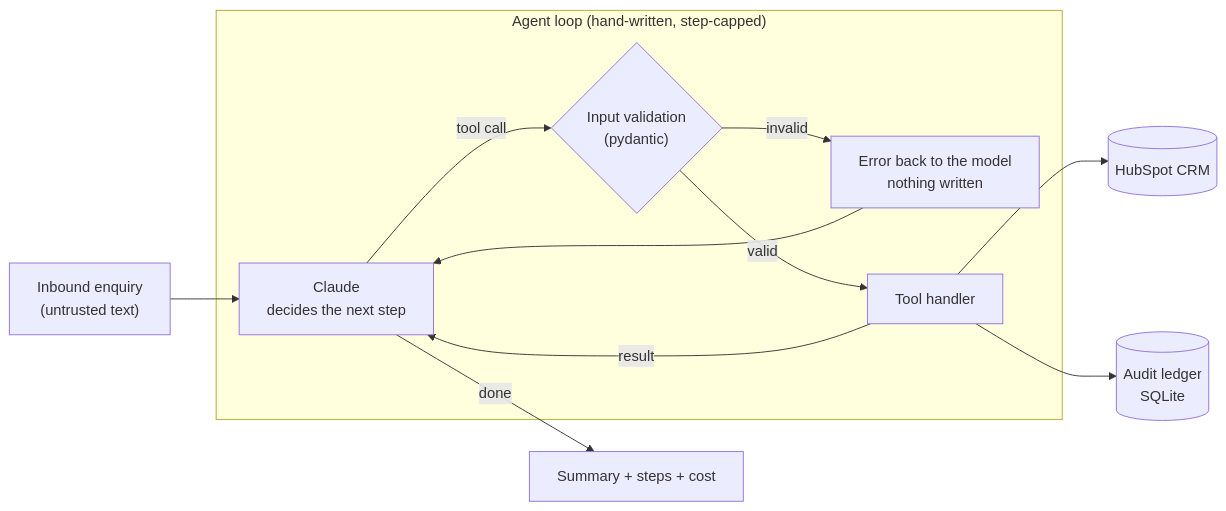
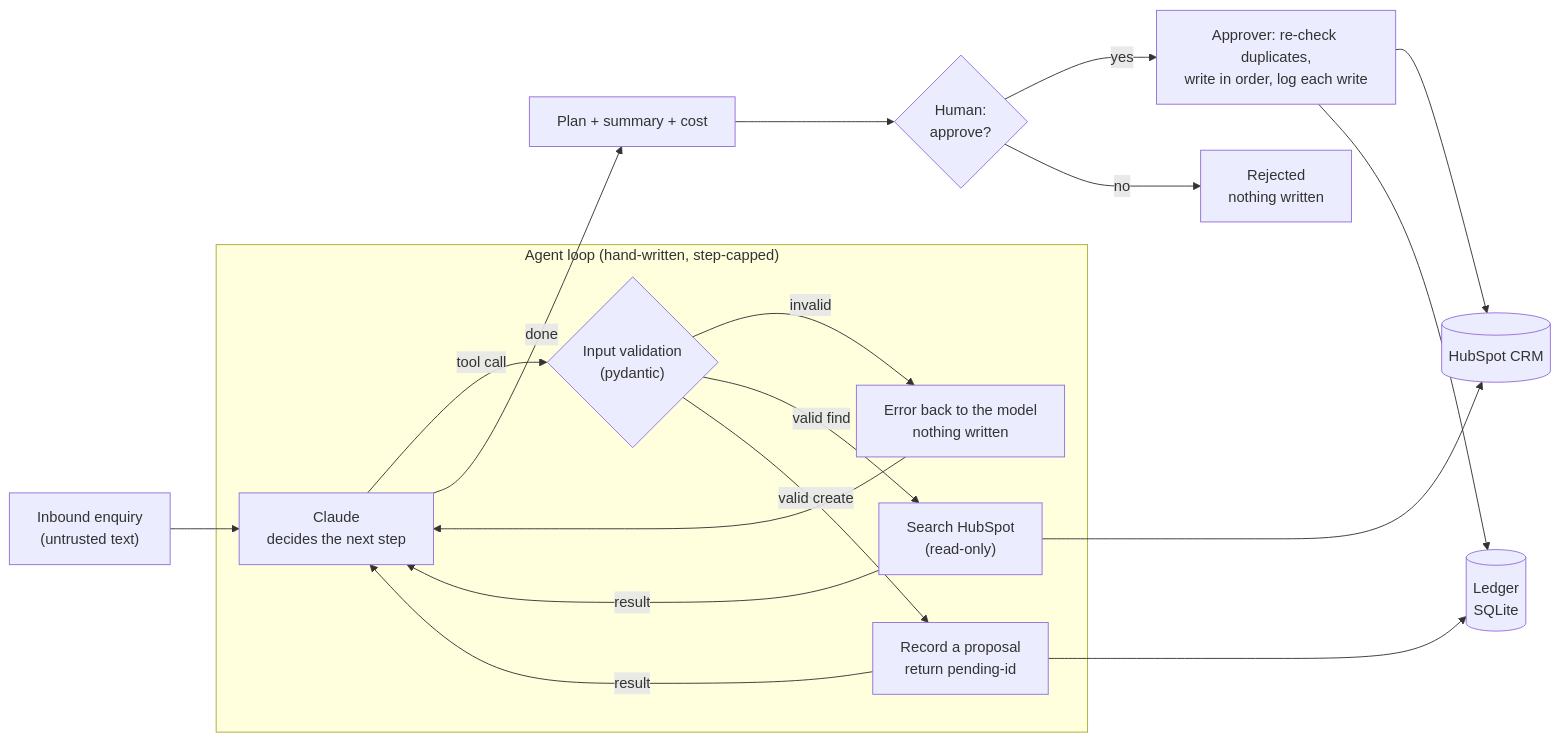
Before and after one commit to Sparli/leadflow-agent: the diagram in README.md, drawn with Mermaid. The commit also changed other lines of this file and 13 other files, not shown here.

First line of the commit message:
feat: propose-then-approve, no CRM write without a human yes (#1)

````diff
--- a/README.md
+++ b/README.md
@@ -22,14 +23,21 @@
 ```mermaid
 flowchart LR
     L["Inbound enquiry<br/>(untrusted text)"] --> A
     subgraph loop["Agent loop (hand-written, step-capped)"]
         A["Claude<br/>decides the next step"] -->|tool call| V{"Input validation<br/>(pydantic)"}
         V -->|invalid| E["Error back to the model<br/>nothing written"]
         E --> A
-        V -->|valid| T["Tool handler"]
-        T -->|result| A
+        V -->|"valid find"| R["Search HubSpot<br/>(read-only)"]
+        V -->|"valid create"| P["Record a proposal<br/>return pending-id"]
+        R -->|result| A
+        P -->|result| A
     end
-    T --> H[("HubSpot CRM")]
-    T --> D[("Audit ledger<br/>SQLite")]
-    A -->|done| S["Summary + steps + cost"]
+    R --> H[("HubSpot CRM")]
+    P --> D[("Ledger<br/>SQLite")]
+    A -->|done| S["Plan + summary + cost"]
+    S --> U{"Human:<br/>approve?"}
+    U -->|yes| X["Approver: re-check duplicates,<br/>write in order, log each write"]
+    U -->|no| J["Rejected<br/>nothing written"]
+    X --> H
+    X --> D
 ```
````
